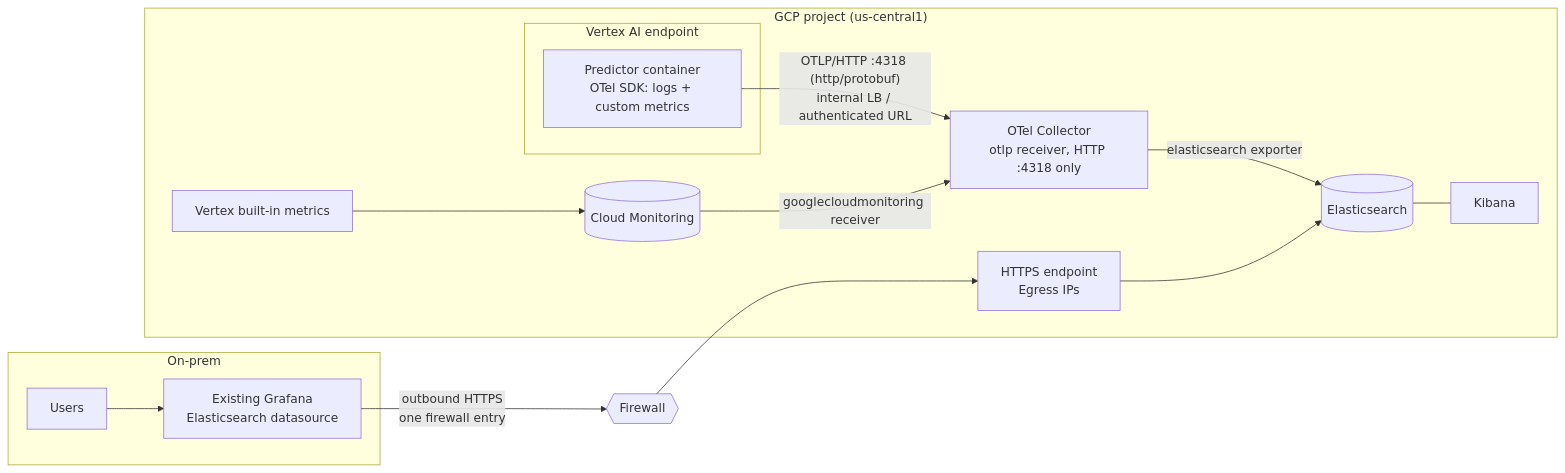
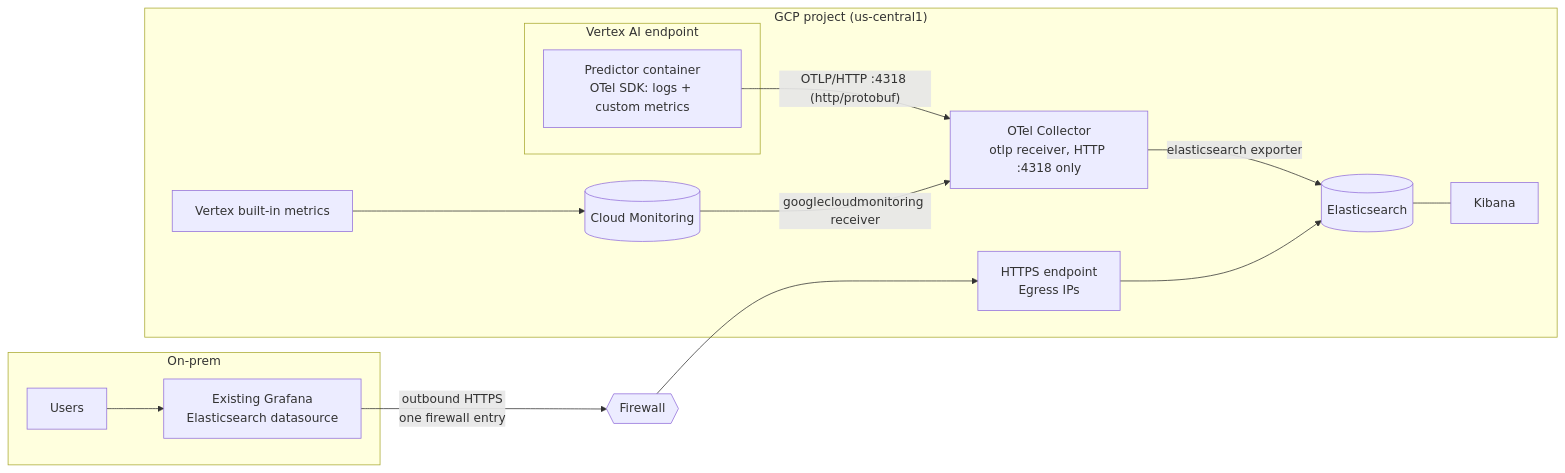
One commit to wongliping/devspace changed the eighth of 8 diagrams in analysis2.md. Above: the diagram before and after it, drawn with Mermaid.

````diff
--- a/analysis2.md
+++ b/analysis2.md
@@ -357,19 +357,19 @@
 ```mermaid
 flowchart LR
     subgraph gcp["GCP project (us-central1)"]
         subgraph vtx["Vertex AI endpoint"]
             PR["Predictor container<br/>OTel SDK: logs + custom metrics"]
         end
-        PR -->|"OTLP/HTTP :4318 (http/protobuf)<br/>internal LB / authenticated URL"| OC["OTel Collector<br/>otlp receiver, HTTP :4318 only"]
+        PR -->|"OTLP/HTTP :4318 (http/protobuf)"| OC["OTel Collector<br/>otlp receiver, HTTP :4318 only"]
         VB["Vertex built-in metrics"] --> CM[("Cloud Monitoring")]
         CM -->|"googlecloudmonitoring receiver"| OC
         OC -->|"elasticsearch exporter"| ES[("Elasticsearch")]
         ES --- KB["Kibana"]
         ESLB["HTTPS endpoint<br/>Egress IPs"] --> ES
     end
     subgraph onprem["On-prem"]
         G["Existing Grafana<br/>Elasticsearch datasource<br/>"]
         U["Users"] --> G
     end
     G -->|"outbound HTTPS<br/>one firewall entry"| FW{{"Firewall"}} --> ESLB
 ```
````
